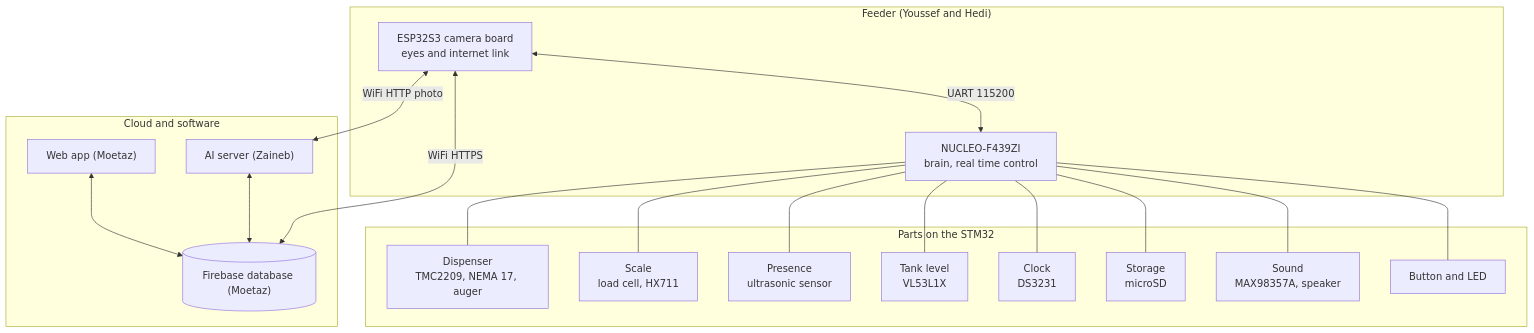
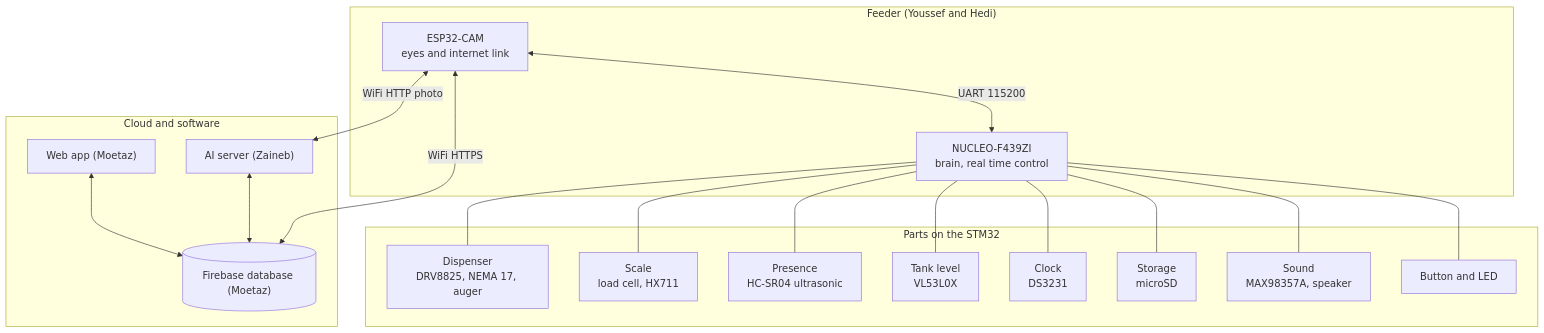
One commit to sourcandy101/kibbly changed the first of 9 diagrams in hardware/02_system_architecture.md. Above: the diagram before and after it, drawn with Mermaid. The commit also changed other lines of this file and 13 other files, not shown here.

First line of the commit message:
Add circuit 5 (ESP32-CAM link) and update the architecture to the real parts

````diff
--- a/hardware/02_system_architecture.md
+++ b/hardware/02_system_architecture.md
@@ -26,38 +28,38 @@
 ```mermaid
 flowchart TB
     subgraph CLOUD["Cloud and software"]
         APP["Web app (Moetaz)"]
         FB[("Firebase database (Moetaz)")]
         AI["AI server (Zaineb)"]
         APP <--> FB
         AI <--> FB
     end
 
     subgraph FEEDER["Feeder (Youssef and Hedi)"]
-        ESP["ESP32S3 camera board<br/>eyes and internet link"]
+        ESP["ESP32-CAM<br/>eyes and internet link"]
         STM["NUCLEO-F439ZI<br/>brain, real time control"]
         ESP <-->|"UART 115200"| STM
     end
 
     subgraph PARTS["Parts on the STM32"]
-        MOT["Dispenser<br/>TMC2209, NEMA 17, auger"]
+        MOT["Dispenser<br/>DRV8825, NEMA 17, auger"]
         SCALE["Scale<br/>load cell, HX711"]
-        PRES["Presence<br/>ultrasonic sensor"]
-        TANK["Tank level<br/>VL53L1X"]
+        PRES["Presence<br/>HC-SR04 ultrasonic"]
+        TANK["Tank level<br/>VL53L0X"]
         CLK["Clock<br/>DS3231"]
         SD["Storage<br/>microSD"]
         SND["Sound<br/>MAX98357A, speaker"]
         UI["Button and LED"]
     end
 
     ESP <-->|"WiFi HTTPS"| FB
     ESP <-->|"WiFi HTTP photo"| AI
     STM --- MOT
     STM --- SCALE
     STM --- PRES
     STM --- TANK
     STM --- CLK
     STM --- SD
     STM --- SND
     STM --- UI
 ```
````
